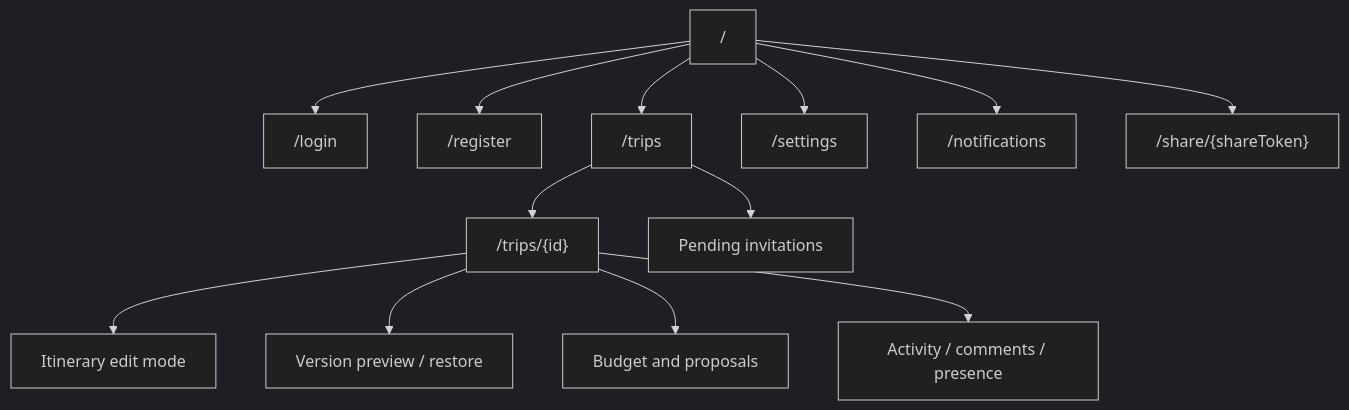
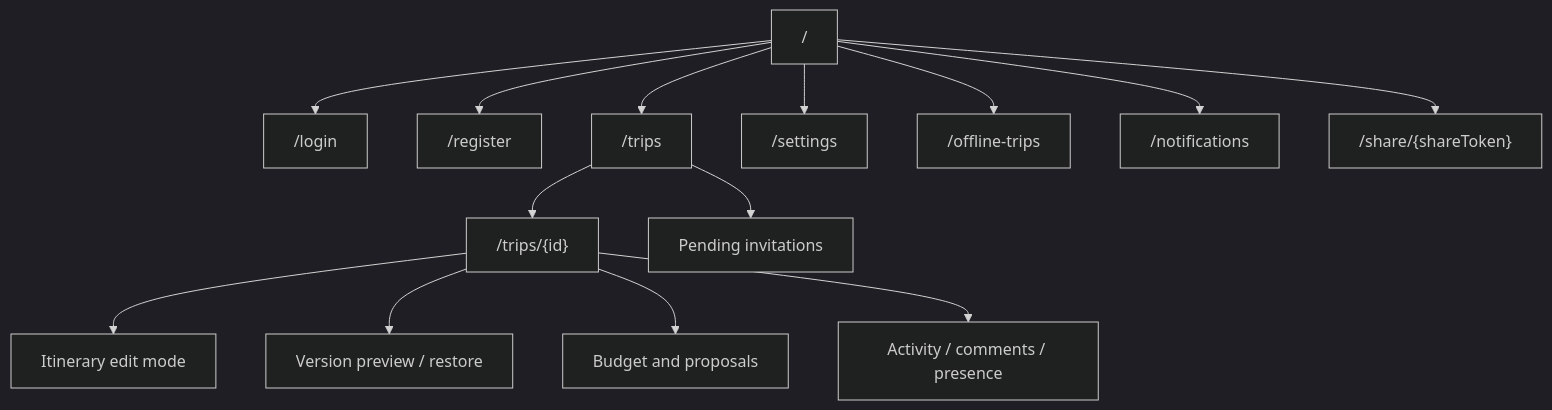
Before and after one commit to KovalenkoDima236961/Travel_Ai_App: the second of 3 diagrams in apps/web/README.md, drawn with Mermaid (dark theme). The commit also changed other lines of this file and 38 other files, not shown here.

````diff
--- a/apps/web/README.md
+++ b/apps/web/README.md
@@ -137,15 +139,16 @@
 ```mermaid
 flowchart TD
     Home["/"] --> Login["/login"]
     Home --> Register["/register"]
     Home --> Trips["/trips"]
     Trips --> TripDetail["/trips/{id}"]
     Trips --> Invitations["Pending invitations"]
     TripDetail --> Edit["Itinerary edit mode"]
     TripDetail --> Versions["Version preview / restore"]
     TripDetail --> Budget["Budget and proposals"]
     TripDetail --> Activity["Activity / comments / presence"]
     Home --> Settings["/settings"]
+    Home --> OfflineTrips["/offline-trips"]
     Home --> Notifications["/notifications"]
     Home --> Share["/share/{shareToken}"]
 ```
````
